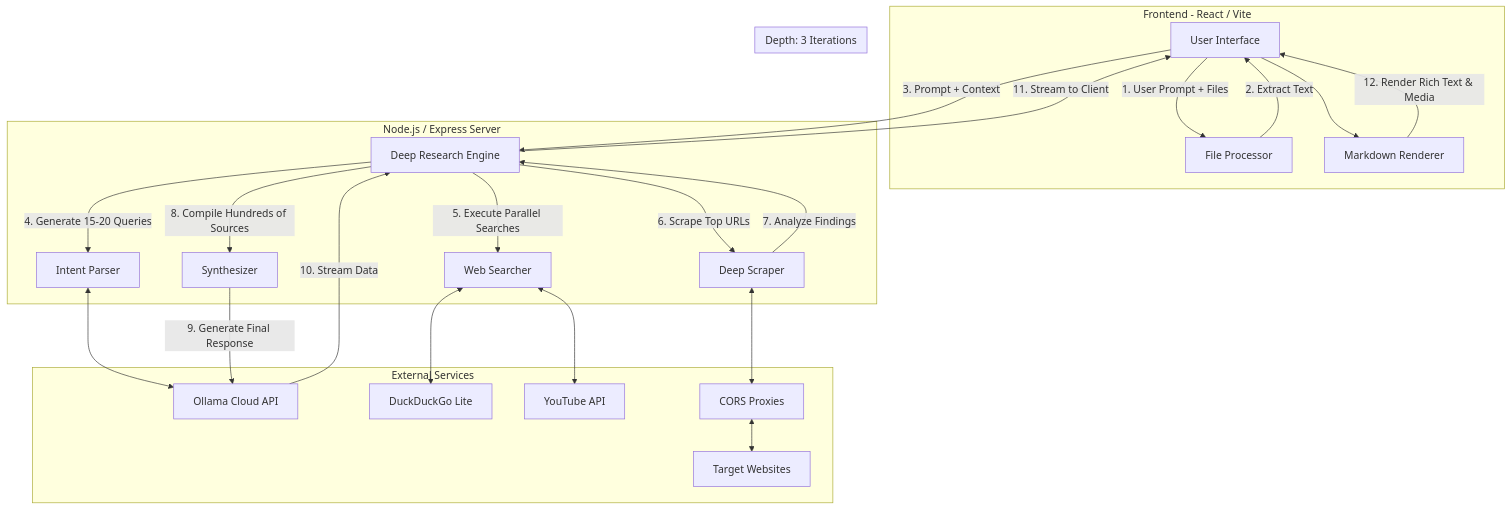
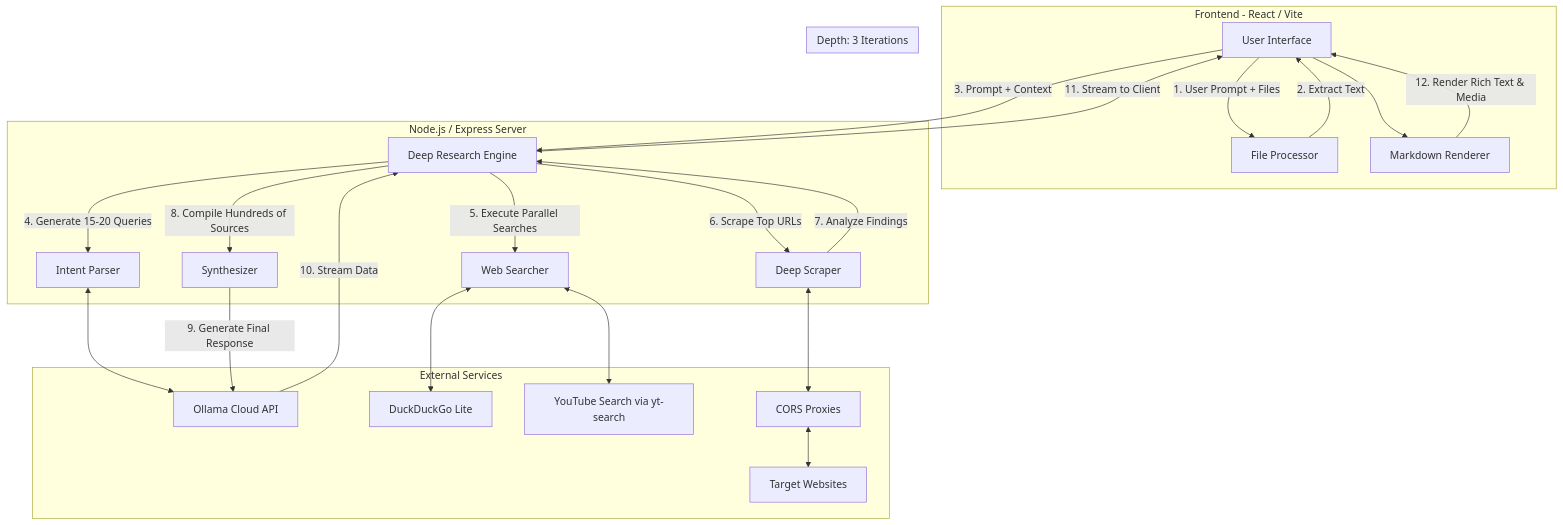
The diagram in README.md (AL-MARID/Lorph), drawn with Mermaid before and after one commit.

````diff
--- a/README.md
+++ b/README.md
@@ -20,52 +20,52 @@
 ```mermaid
 flowchart TB
     subgraph Client [Frontend - React / Vite]
         UI[User Interface]
         FP[File Processor]
         MD[Markdown Renderer]
     end
 
     subgraph Backend [Node.js / Express Server]
         DRE[Deep Research Engine]
         IP[Intent Parser]
         WS[Web Searcher]
         DS[Deep Scraper]
         SYN[Synthesizer]
     end
 
     subgraph External [External Services]
         OLLAMA[Ollama Cloud API]
         DDG[DuckDuckGo Lite]
-        YT[YouTube API]
+        YT[YouTube Search via yt-search]
         WEB[Target Websites]
         PROXIES[CORS Proxies]
     end
 
     UI -- "1. User Prompt + Files" --> FP
     FP -- "2. Extract Text" --> UI
     UI -- "3. Prompt + Context" --> DRE
     
     %% Iterative Research Loop
     subgraph Research Loop [Depth: 3 Iterations]
         DRE -- "4. Generate 15-20 Queries" --> IP
         IP <--> OLLAMA
         
         DRE -- "5. Execute Parallel Searches" --> WS
         WS <--> DDG
         WS <--> YT
         
         DRE -- "6. Scrape Top URLs" --> DS
         DS <--> PROXIES
         PROXIES <--> WEB
         
         DS -- "7. Analyze Findings" --> DRE
     end
     
     DRE -- "8. Compile Hundreds of Sources" --> SYN
     SYN -- "9. Generate Final Response" --> OLLAMA
     OLLAMA -- "10. Stream Data" --> DRE
     
     DRE -- "11. Stream to Client" --> UI
     UI --> MD
     MD -- "12. Render Rich Text & Media" --> UI
 ```
````
